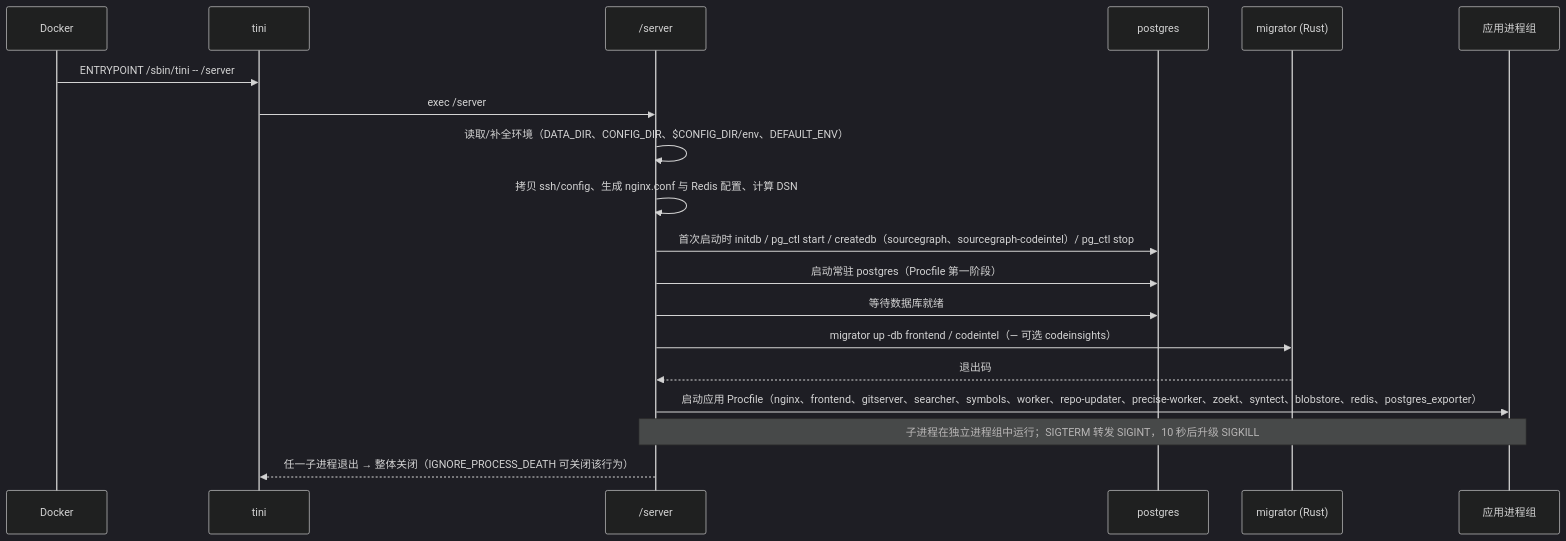
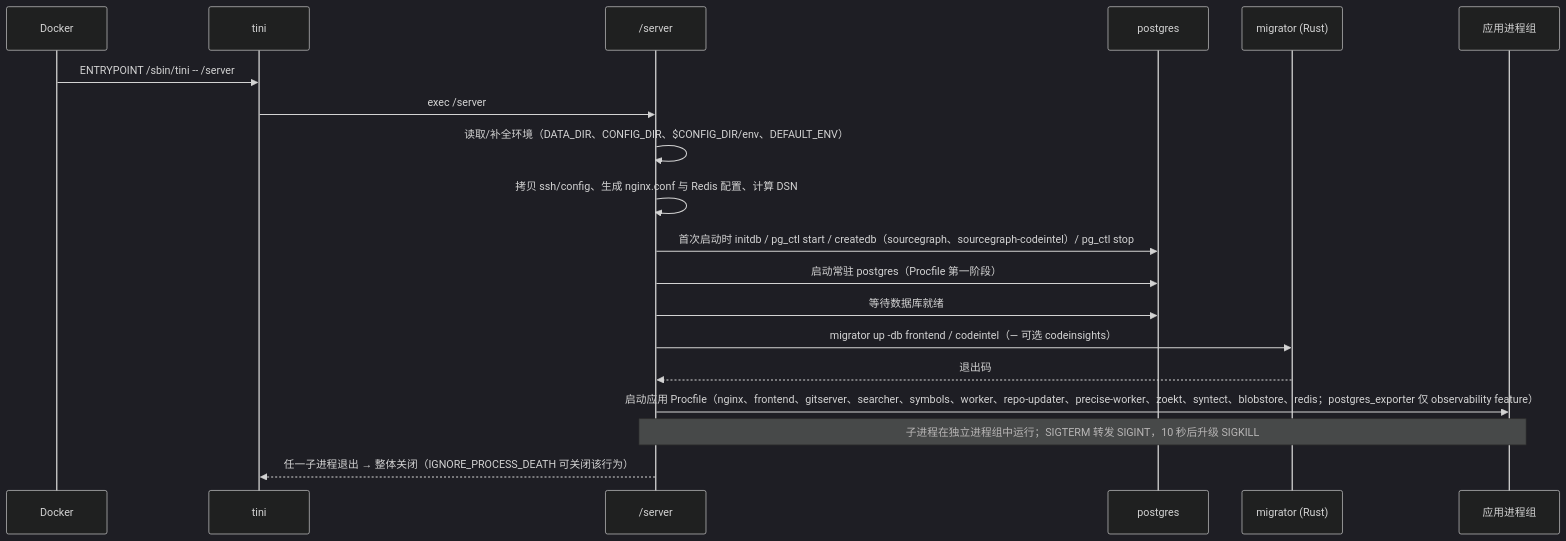
Before and after one commit to littrick/litlattice: the third of 4 diagrams in docs/02_process_architecture.md, drawn with Mermaid (dark theme). The commit also changed 5 other files, not shown here.

First line of the commit message:
package: make postgres_exporter part of the observability feature

````diff
--- a/docs/02_process_architecture.md
+++ b/docs/02_process_architecture.md
@@ -293,22 +293,22 @@
 ```mermaid
 sequenceDiagram
     participant D as Docker
     participant T as tini
     participant S as /server
     participant PG as postgres
     participant M as migrator (Rust)
     participant P as 应用进程组
 
     D->>T: ENTRYPOINT /sbin/tini -- /server
     T->>S: exec /server
     S->>S: 读取/补全环境（DATA_DIR、CONFIG_DIR、$CONFIG_DIR/env、DEFAULT_ENV）
     S->>S: 拷贝 ssh/config、生成 nginx.conf 与 Redis 配置、计算 DSN
     S->>PG: 首次启动时 initdb / pg_ctl start / createdb（sourcegraph、sourcegraph-codeintel）/ pg_ctl stop
     S->>PG: 启动常驻 postgres（Procfile 第一阶段）
     S->>PG: 等待数据库就绪
     S->>M: migrator up -db frontend / codeintel（— 可选 codeinsights）
     M-->>S: 退出码
-    S->>P: 启动应用 Procfile（nginx、frontend、gitserver、searcher、symbols、worker、repo-updater、precise-worker、zoekt、syntect、blobstore、redis、postgres_exporter）
+    S->>P: 启动应用 Procfile（nginx、frontend、gitserver、searcher、symbols、worker、repo-updater、precise-worker、zoekt、syntect、blobstore、redis；postgres_exporter 仅 observability feature）
     Note over S,P: 子进程在独立进程组中运行；SIGTERM 转发 SIGINT，10 秒后升级 SIGKILL
     S-->>T: 任一子进程退出 → 整体关闭（IGNORE_PROCESS_DEATH 可关闭该行为）
 ```
````
